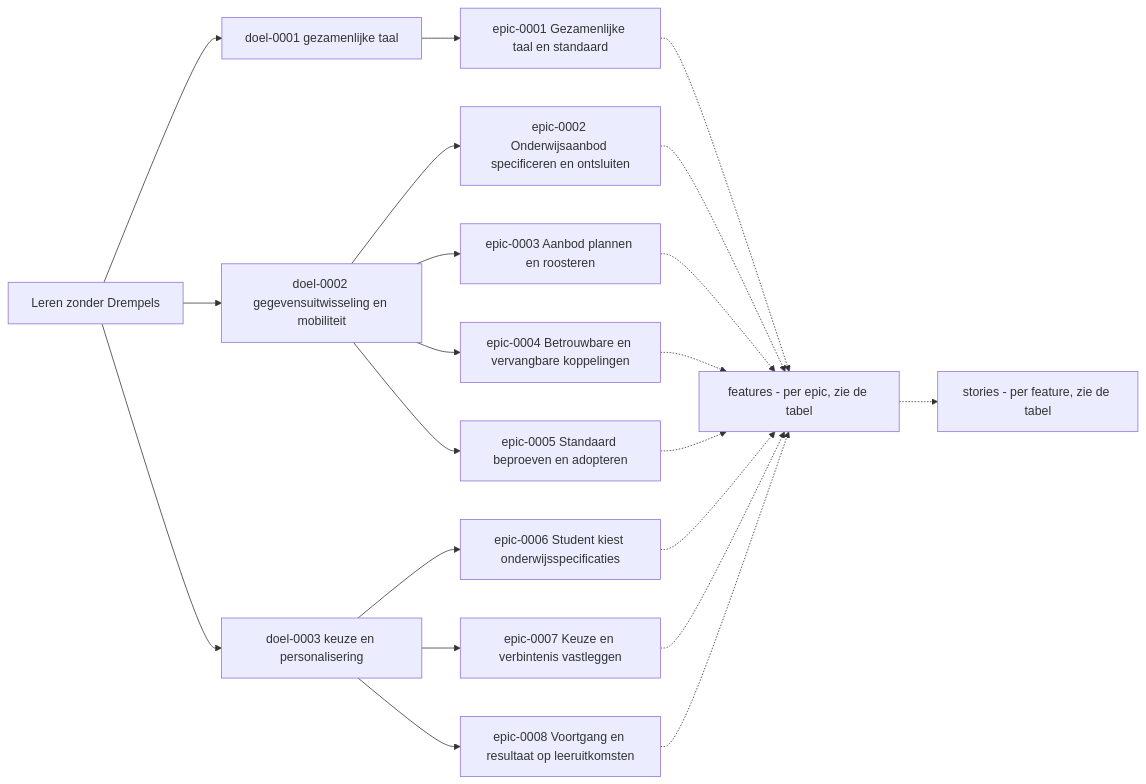
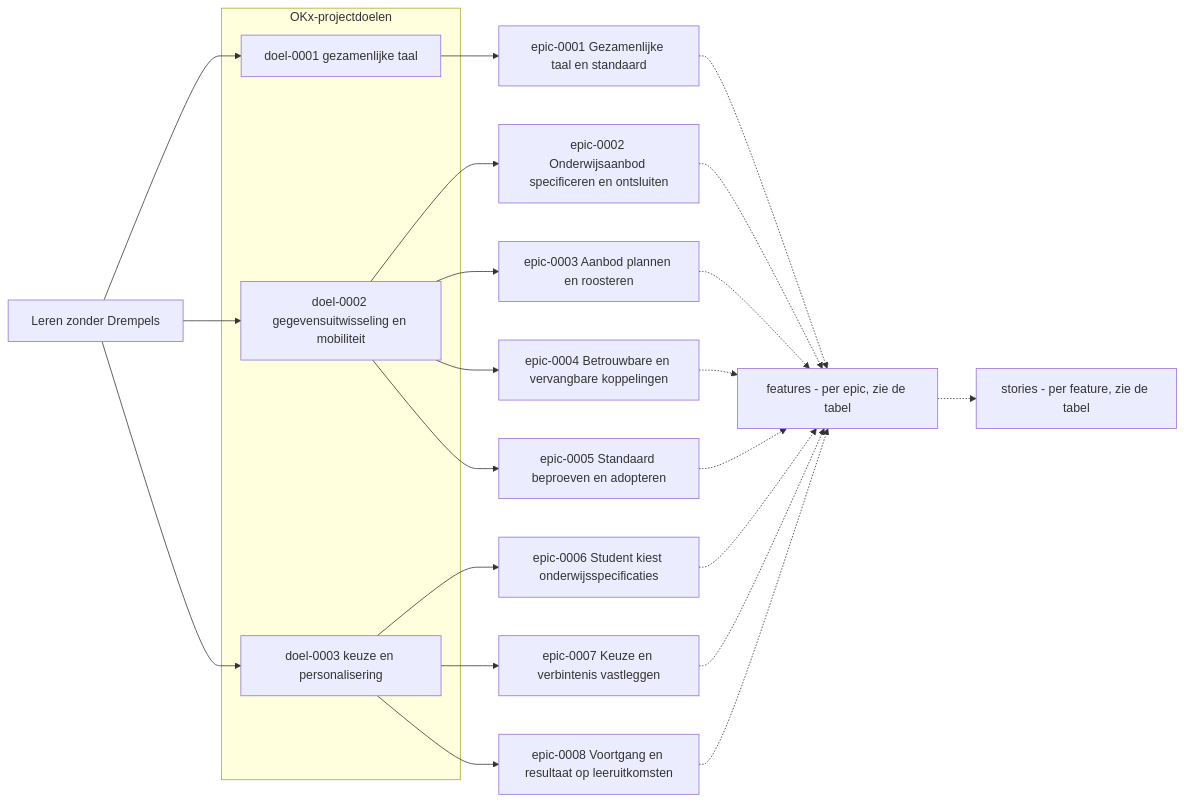
The first of 2 diagrams in Referentiemateriaal/requirementsboom/README.md (Npuls-OKx/Public), drawn with Mermaid before and after one commit. The commit also changed other lines of this file, not shown here.

Commit message:
Boomplaat: doelen-laag gelabeld als OKx-projectdoelen (vraag Niek)
Claude-Session: https://claude.ai/code/session_01NZet75nkjDbtTTY4dGxZqM

````diff
--- a/Referentiemateriaal/requirementsboom/README.md
+++ b/Referentiemateriaal/requirementsboom/README.md
@@ -9,13 +9,18 @@
 ```mermaid
 flowchart LR
-  LZD["Leren zonder Drempels"] --> DL1["doel-0001 gezamenlijke taal"] & DL2["doel-0002 gegevensuitwisseling en mobiliteit"] & DL3["doel-0003 keuze en personalisering"]
+  LZD["Leren zonder Drempels"] --> DL1 & DL2 & DL3
+  subgraph doelen["OKx-projectdoelen"]
+    DL1["doel-0001 gezamenlijke taal"]
+    DL2["doel-0002 gegevensuitwisseling en mobiliteit"]
+    DL3["doel-0003 keuze en personalisering"]
+  end
   DL1 --> EP1["epic-0001 Gezamenlijke taal en standaard"]
   DL2 --> EP2["epic-0002 Onderwijsaanbod specificeren en ontsluiten"]
   DL2 --> EP3["epic-0003 Aanbod plannen en roosteren"]
   DL2 --> EP4["epic-0004 Betrouwbare en vervangbare koppelingen"]
   DL2 --> EP5["epic-0005 Standaard beproeven en adopteren"]
   DL3 --> EP6["epic-0006 Student kiest onderwijsspecificaties"]
   DL3 --> EP7["epic-0007 Keuze en verbintenis vastleggen"]
   DL3 --> EP8["epic-0008 Voortgang en resultaat op leeruitkomsten"]
   EP1 & EP2 & EP3 & EP4 & EP5 & EP6 & EP7 & EP8 -.-> FT["features - per epic, zie de tabel"] -.-> ST["stories - per feature, zie de tabel"]
 ```
````
